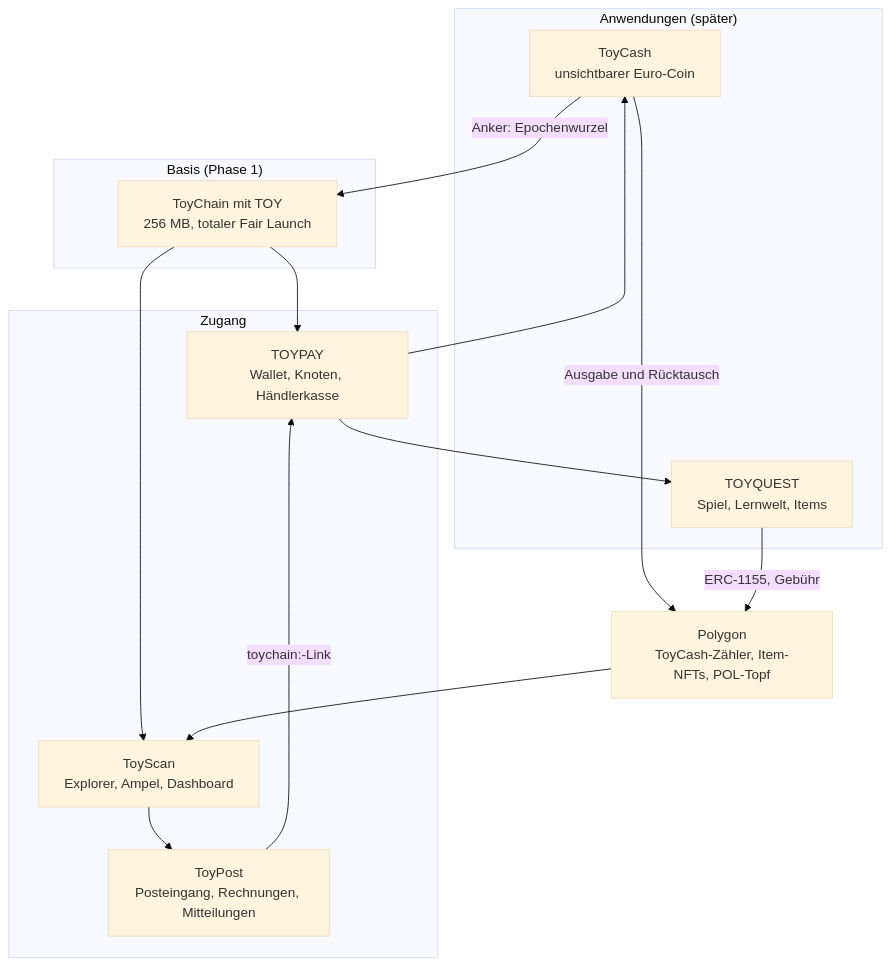
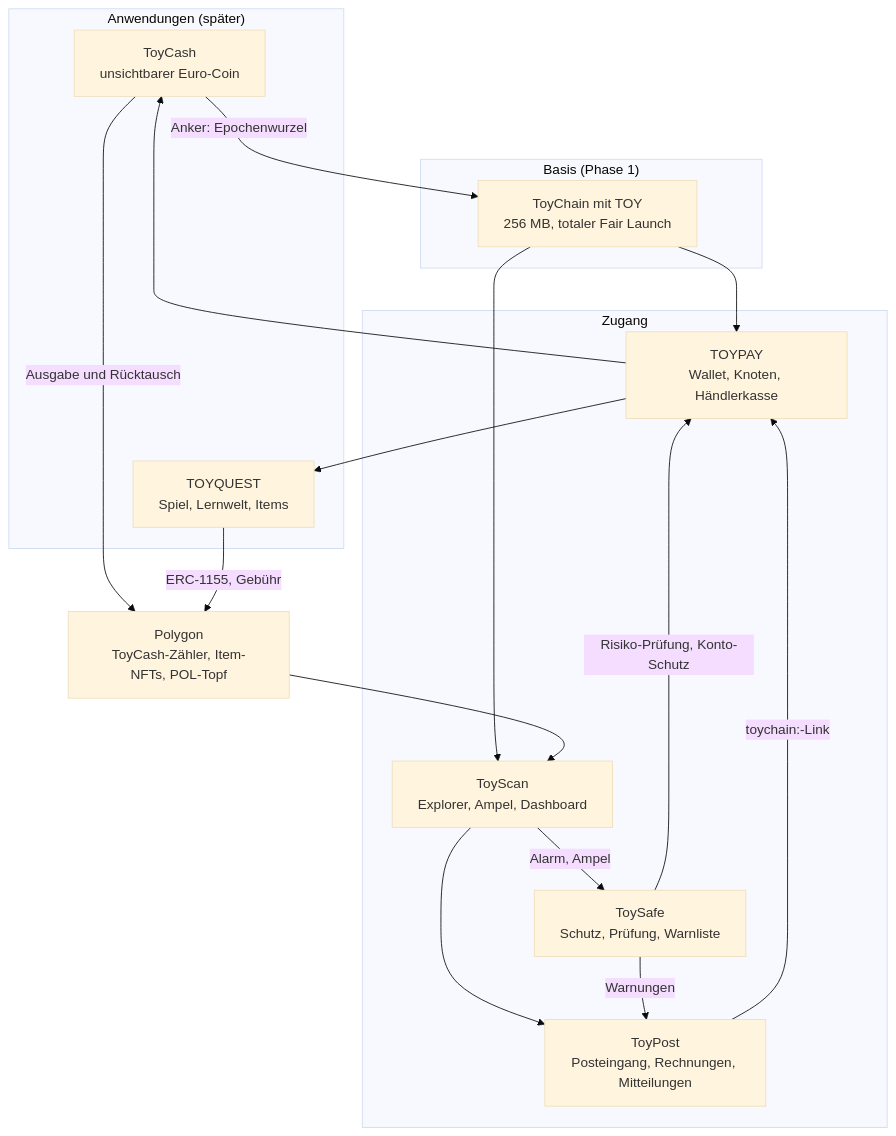
The first of 2 diagrams in docs/spaeter/11-toyverse.md (TOYfoundation/toycoin), drawn with Mermaid (base theme) before and after one commit. The commit also changed other lines of this file and 11 other files, not shown here.

First line of the commit message:
feat: shared toyverse.json manifest, ToySafe concept and ToyVerse links

````diff
--- a/docs/spaeter/11-toyverse.md
+++ b/docs/spaeter/11-toyverse.md
@@ -28,26 +28,30 @@
 ```mermaid
 flowchart TB
   subgraph A["Anwendungen (später)"]
     TC["ToyCash<br>unsichtbarer Euro-Coin"]
     TQ["TOYQUEST<br>Spiel, Lernwelt, Items"]
   end
   subgraph Z["Zugang"]
     TP["TOYPAY<br>Wallet, Knoten, Händlerkasse"]
     TS["ToyScan<br>Explorer, Ampel, Dashboard"]
     PO["ToyPost<br>Posteingang, Rechnungen, Mitteilungen"]
+    SF["ToySafe<br>Schutz, Prüfung, Warnliste"]
   end
   subgraph B["Basis (Phase 1)"]
     CH["ToyChain mit TOY<br>256 MB, totaler Fair Launch"]
   end
   PG["Polygon<br>ToyCash-Zähler, Item-NFTs, POL-Topf"]
   CH --> TP
   CH --> TS
   TS --> PO
   TP --> TC
   TP --> TQ
   TC -->|"Anker: Epochenwurzel"| CH
   TC -->|"Ausgabe und Rücktausch"| PG
   TQ -->|"ERC-1155, Gebühr"| PG
   PG --> TS
   PO -->|"toychain:-Link"| TP
+  SF -->|"Risiko-Prüfung, Konto-Schutz"| TP
+  TS -->|"Alarm, Ampel"| SF
+  SF -->|"Warnungen"| PO
 ```
````
